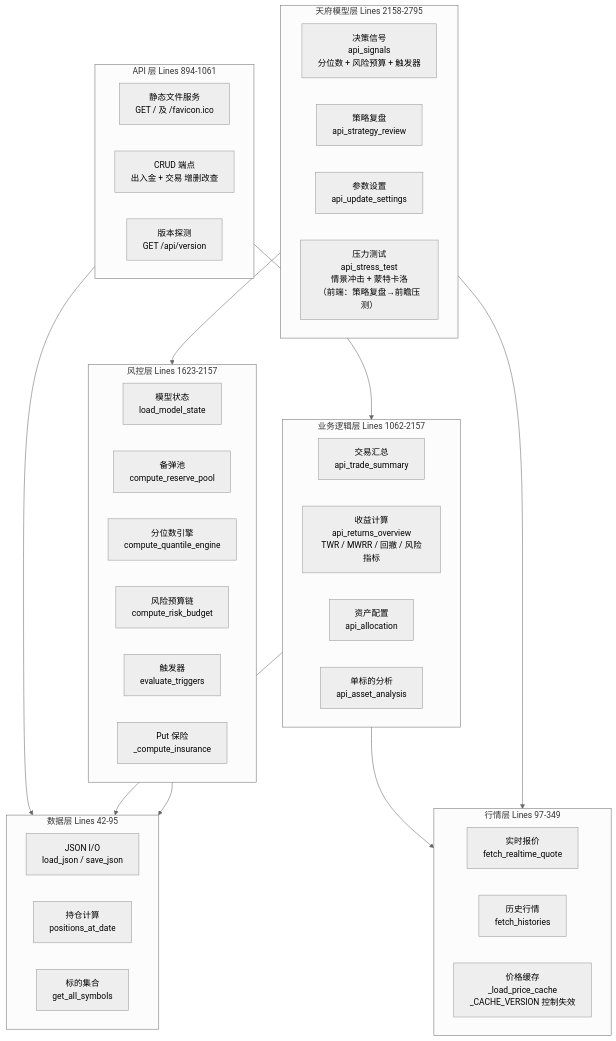
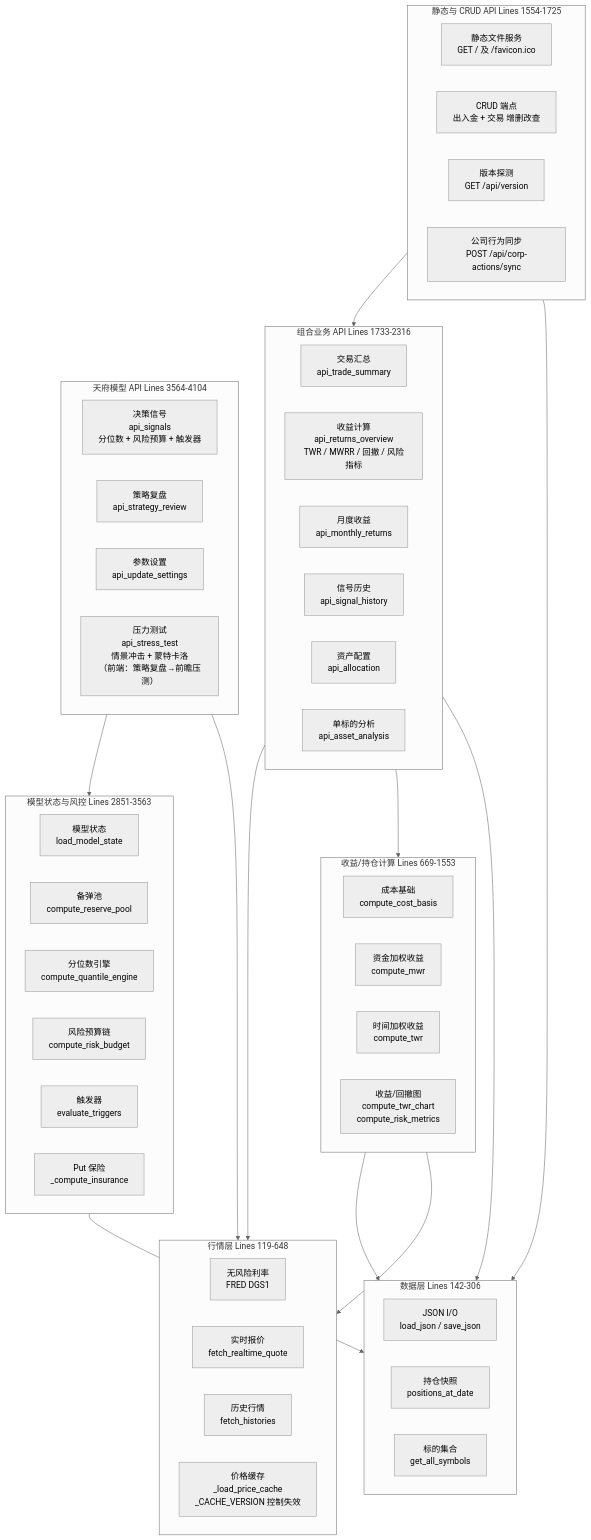
One commit to xiulonnn-crypto/Tianfu_Strategy changed the second of 5 diagrams in ARCHITECTURE.md. Above: the diagram before and after it, drawn with Mermaid (neutral theme). The commit also changed other lines of this file and 19 other files, not shown here.

````diff
--- a/ARCHITECTURE.md
+++ b/ARCHITECTURE.md
@@ -79,51 +96,65 @@
 ```mermaid
 graph TD
-    subgraph api_layer [API 层 Lines 894-1061]
-        StaticServe["静态文件服务\nGET / 及 /favicon.ico"]
-        CRUD["CRUD 端点\n出入金 + 交易 增删改查"]
-        Version["版本探测\nGET /api/version"]
-    end
-
-    subgraph biz_layer [业务逻辑层 Lines 1062-2157]
-        TradeSummary["交易汇总\napi_trade_summary"]
-        Returns["收益计算\napi_returns_overview\nTWR / MWRR / 回撤 / 风险指标"]
-        Allocation["资产配置\napi_allocation"]
-        AssetAnalysis["单标的分析\napi_asset_analysis"]
-    end
-
-    subgraph model_layer [天府模型层 Lines 2158-2795]
-        Signals["决策信号\napi_signals\n分位数 + 风险预算 + 触发器"]
-        StrategyReview["策略复盘\napi_strategy_review"]
-        UpdateSettings["参数设置\napi_update_settings"]
-        StressTest["压力测试\napi_stress_test\n情景冲击 + 蒙特卡洛\n（前端：策略复盘→前瞻压测）"]
-    end
-
-    subgraph data_layer [数据层 Lines 42-95]
+    subgraph data_layer [数据层 Lines 142-306]
         IO["JSON I/O\nload_json / save_json"]
-        Positions["持仓计算\npositions_at_date"]
+        Positions["持仓快照\npositions_at_date"]
         Symbols["标的集合\nget_all_symbols"]
     end
 
-    subgraph market_layer [行情层 Lines 97-349]
+    subgraph market_layer [行情层 Lines 119-648]
+        RiskFree["无风险利率\nFRED DGS1"]
         Realtime["实时报价\nfetch_realtime_quote"]
         History["历史行情\nfetch_histories"]
         Cache["价格缓存\n_load_price_cache\n_CACHE_VERSION 控制失效"]
     end
 
-    subgraph risk_layer [风控层 Lines 1623-2157]
+    subgraph calc_layer [收益/持仓计算 Lines 669-1553]
+        CostBasis["成本基础\ncompute_cost_basis"]
+        MWRR["资金加权收益\ncompute_mwr"]
+        TWR["时间加权收益\ncompute_twr"]
+        Charts["收益/回撤图\ncompute_twr_chart\ncompute_risk_metrics"]
+    end
+
+    subgraph api_layer [静态与 CRUD API Lines 1554-1725]
+        StaticServe["静态文件服务\nGET / 及 /favicon.ico"]
+        CRUD["CRUD 端点\n出入金 + 交易 增删改查"]
+        Version["版本探测\nGET /api/version"]
+        CorpActions["公司行为同步\nPOST /api/corp-actions/sync"]
+    end
+
+    subgraph biz_layer [组合业务 API Lines 1733-2316]
+        TradeSummary["交易汇总\napi_trade_summary"]
+        Returns["收益计算\napi_returns_overview\nTWR / MWRR / 回撤 / 风险指标"]
+        MonthlyReturns["月度收益\napi_monthly_returns"]
+        SignalHistory["信号历史\napi_signal_history"]
+        Allocation["资产配置\napi_allocation"]
+        AssetAnalysis["单标的分析\napi_asset_analysis"]
+    end
+
+    subgraph risk_layer [模型状态与风控 Lines 2851-3563]
         ModelState["模型状态\nload_model_state"]
         ReservePool["备弹池\ncompute_reserve_pool"]
         QuantileEngine["分位数引擎\ncompute_quantile_engine"]
         RiskBudget["风险预算链\ncompute_risk_budget"]
         Triggers["触发器\nevaluate_triggers"]
         Insurance["Put 保险\n_compute_insurance"]
     end
 
+    subgraph model_layer [天府模型 API Lines 3564-4104]
+        Signals["决策信号\napi_signals\n分位数 + 风险预算 + 触发器"]
+        StrategyReview["策略复盘\napi_strategy_review"]
+        UpdateSettings["参数设置\napi_update_settings"]
+        StressTest["压力测试\napi_stress_test\n情景冲击 + 蒙特卡洛\n（前端：策略复盘→前瞻压测）"]
+    end
+
+    calc_layer --> data_layer
+    calc_layer --> market_layer
     api_layer --> biz_layer
     api_layer --> data_layer
     biz_layer --> market_layer
+    biz_layer --> calc_layer
     biz_layer --> data_layer
     model_layer --> risk_layer
     model_layer --> market_layer
     risk_layer --> data_layer
 ```
````
